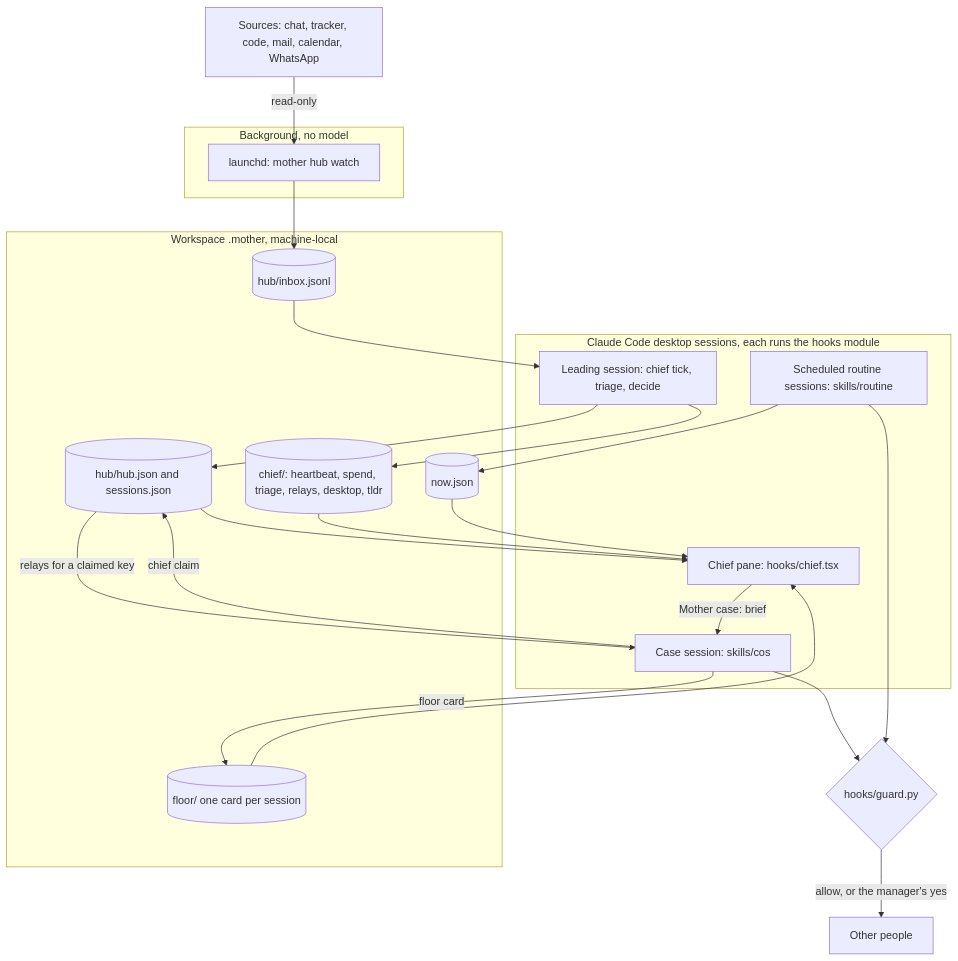
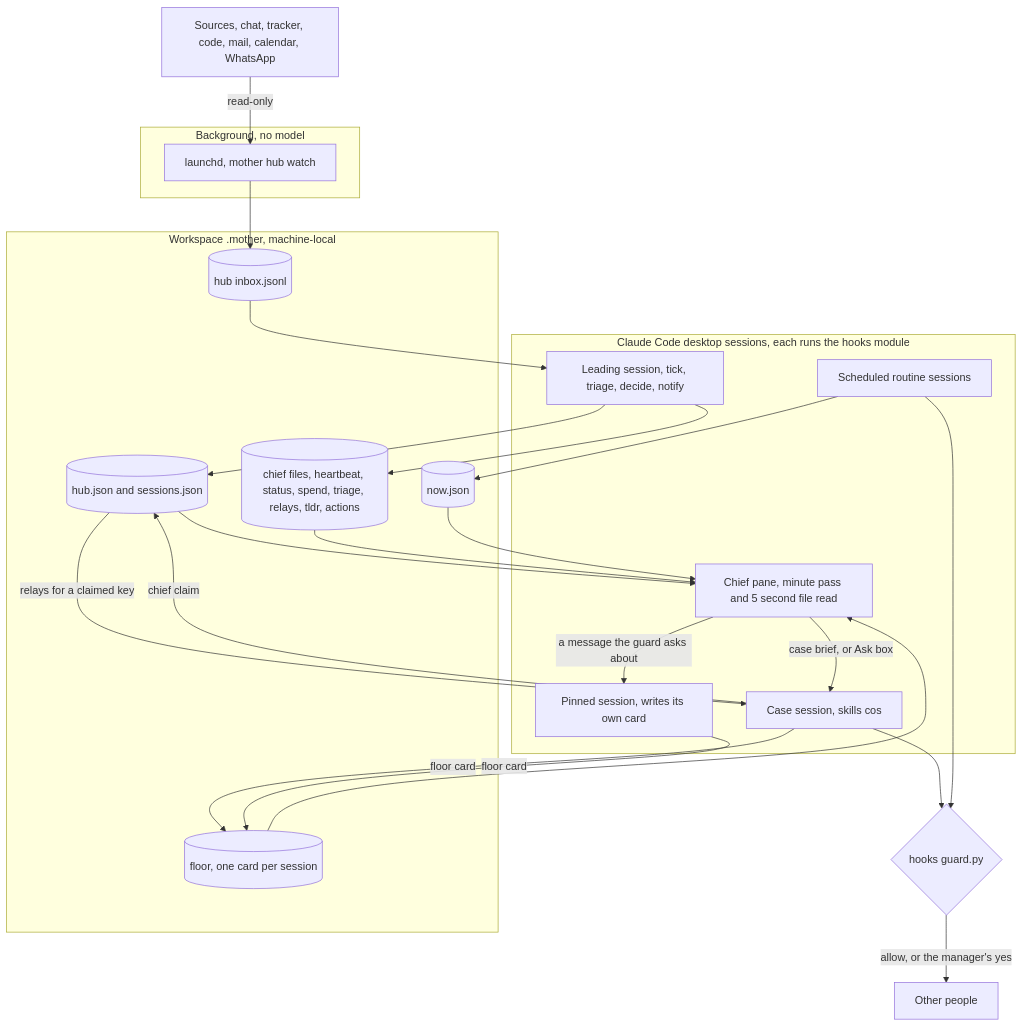
The first of 3 diagrams in ARCHITECTURE.md (shayke-cohen/mother), drawn with Mermaid before and after one commit. The commit also changed other lines of this file and 9 other files, not shown here.

First line of the commit message:
Docs: bring the README, guide, architecture, contract and mocks to 0.25.0 (#66)

````diff
--- a/ARCHITECTURE.md
+++ b/ARCHITECTURE.md
@@ -36,39 +36,42 @@
 ```mermaid
 flowchart TD
   subgraph BG["Background, no model"]
-    W["launchd: mother hub watch"]
+    W["launchd, mother hub watch"]
   end
   subgraph FILES["Workspace .mother, machine-local"]
-    IN[("hub/inbox.jsonl")]
-    HUB[("hub/hub.json and sessions.json")]
-    CH[("chief/: heartbeat, spend, triage, relays, desktop, tldr")]
-    FL[("floor/ one card per session")]
+    IN[("hub inbox.jsonl")]
+    HUB[("hub.json and sessions.json")]
+    CH[("chief files, heartbeat, status, spend, triage, relays, tldr, actions")]
+    FL[("floor, one card per session")]
     NOW[("now.json")]
   end
   subgraph DESK["Claude Code desktop sessions, each runs the hooks module"]
-    LEAD["Leading session: chief tick, triage, decide"]
-    PANE["Chief pane: hooks/chief.tsx"]
-    CASE["Case session: skills/cos"]
-    ROUT["Scheduled routine sessions: skills/routine"]
+    LEAD["Leading session, tick, triage, decide, notify"]
+    PANE["Chief pane, minute pass and 5 second file read"]
+    PIN["Pinned session, writes its own card"]
+    CASE["Case session, skills cos"]
+    ROUT["Scheduled routine sessions"]
   end
-  SRC["Sources: chat, tracker, code, mail, calendar, WhatsApp"]
-  G{"hooks/guard.py"}
+  SRC["Sources, chat, tracker, code, mail, calendar, WhatsApp"]
+  G{"hooks guard.py"}
   OUT["Other people"]
 
   SRC -->|"read-only"| W --> IN
   IN --> LEAD
   LEAD --> HUB
   LEAD --> CH
   HUB --> PANE
   CH --> PANE
   FL --> PANE
   NOW --> PANE
-  PANE -->|"Mother case: brief"| CASE
+  PANE -->|"case brief, or Ask box"| CASE
+  PANE -->|"a message the guard asks about"| PIN
   CASE -->|"chief claim"| HUB
   HUB -->|"relays for a claimed key"| CASE
   CASE -->|"floor card"| FL
+  PIN -->|"floor card"| FL
   ROUT --> NOW
   CASE --> G
   ROUT --> G
   G -->|"allow, or the manager's yes"| OUT
 ```
````
